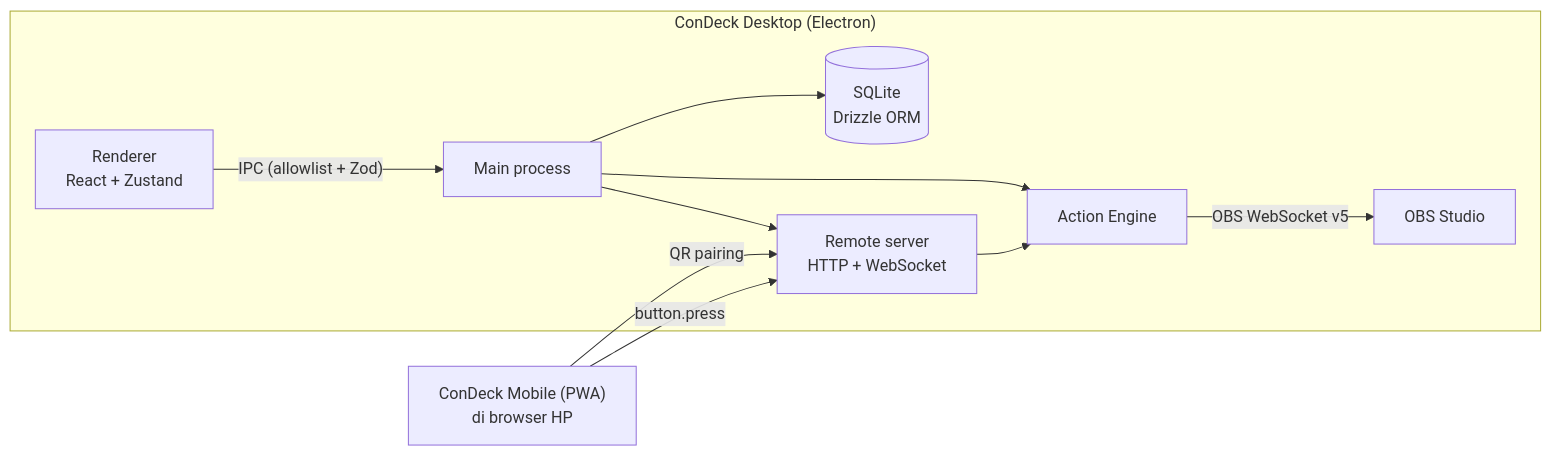
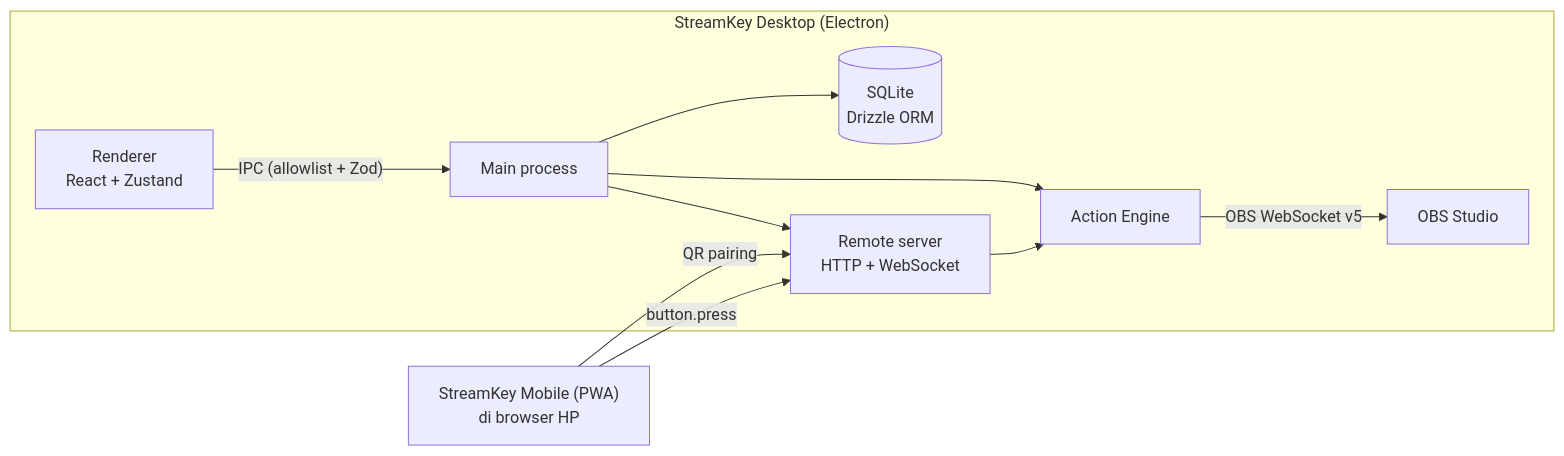
Before and after one commit to hafisakbar/ConDeck: the diagram in README.md, drawn with Mermaid. The commit also changed other lines of this file and 4 other files, not shown here.

First line of the commit message:
Finish the StreamKey branding on the 3D deck and docs

````diff
--- a/README.md
+++ b/README.md
@@ -50,14 +50,14 @@
 ```mermaid
 flowchart LR
-    subgraph Desktop["ConDeck Desktop (Electron)"]
+    subgraph Desktop["StreamKey Desktop (Electron)"]
         UI["Renderer<br/>React + Zustand"] -->|"IPC (allowlist + Zod)"| MAIN["Main process"]
         MAIN --> DB[("SQLite<br/>Drizzle ORM")]
         MAIN --> AE["Action Engine"]
         AE -->|"OBS WebSocket v5"| OBS["OBS Studio"]
         MAIN --> REMOTE["Remote server<br/>HTTP + WebSocket"]
     end
 
-    PHONE["ConDeck Mobile (PWA)<br/>di browser HP"] -->|"QR pairing"| REMOTE
+    PHONE["StreamKey Mobile (PWA)<br/>di browser HP"] -->|"QR pairing"| REMOTE
     PHONE -->|"button.press"| REMOTE
     REMOTE --> AE
 ```
````
